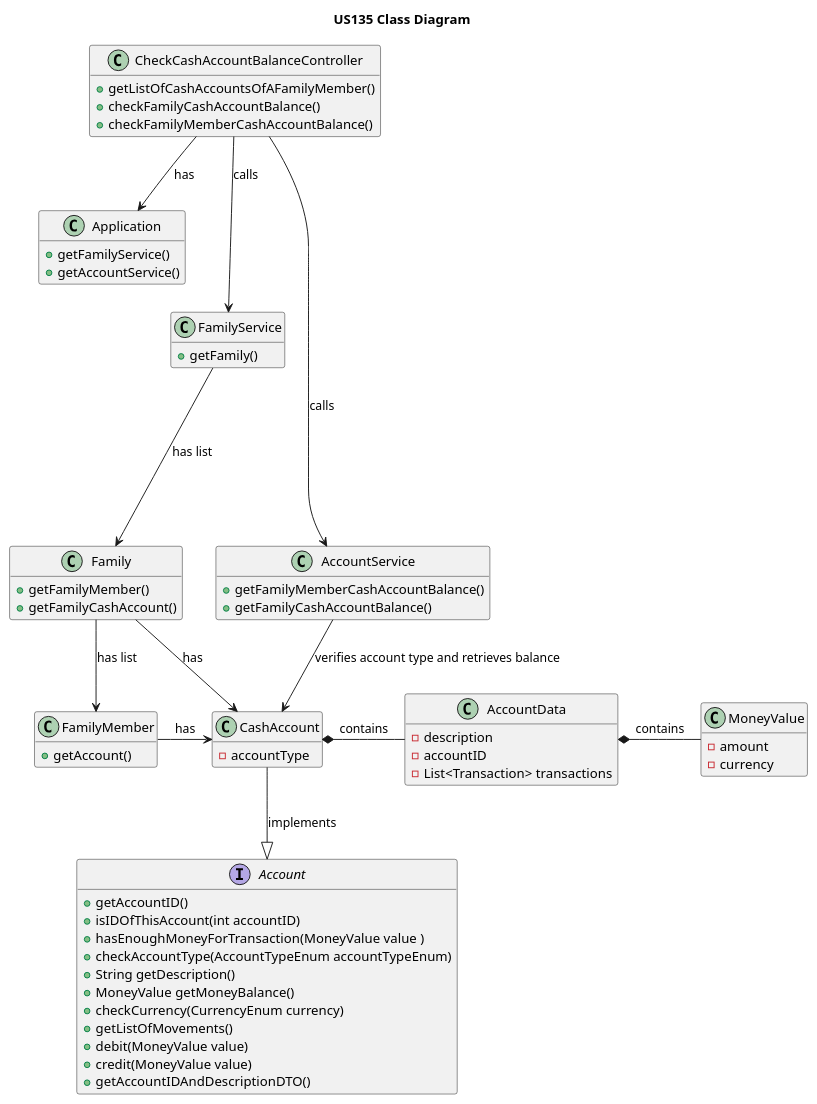
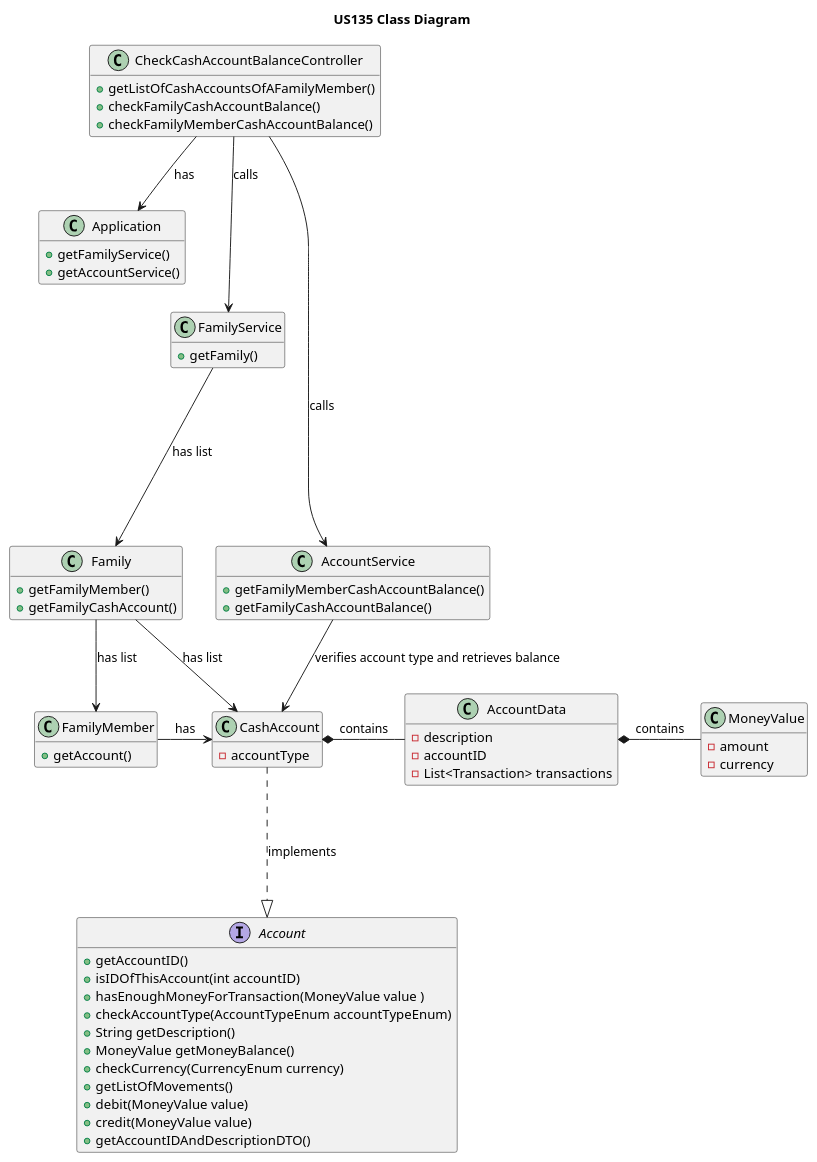
The seventh of 7 diagrams in docs/sprint2/user_stories/US135_CheckFamilyOrFamilyMemberCashAccountBalance.md (tomas-osswald/switch_2020_g3), drawn with PlantUML before and after one commit.

Commit message:
change in implements in CD of us135

````diff
--- a/docs/sprint2/user_stories/US135_CheckFamilyOrFamilyMemberCashAccountBalance.md
+++ b/docs/sprint2/user_stories/US135_CheckFamilyOrFamilyMemberCashAccountBalance.md
@@ -414,77 +414,77 @@
 ```puml
 
 title US135 Class Diagram
 hide empty members
 
 class CheckCashAccountBalanceController {
 + getListOfCashAccountsOfAFamilyMember()
 + checkFamilyCashAccountBalance()
 + checkFamilyMemberCashAccountBalance()
 }
 
 class Application {
 + getFamilyService()
 + getAccountService()
 }
 
 class CashAccount {
 - accountType
 }
 
 class AccountData {
 - description
 - accountID
 - List<Transaction> transactions
 }
 
 
 class AccountService {
 + getFamilyMemberCashAccountBalance()
 + getFamilyCashAccountBalance()
 }
 
 class FamilyService {
 + getFamily()
 }
 
 class Family {
 + getFamilyMember()
 + getFamilyCashAccount()
 }
 
 class FamilyMember {
 + getAccount()
 }
 
 interface Account {
 + getAccountID()
 + isIDOfThisAccount(int accountID)
 + hasEnoughMoneyForTransaction(MoneyValue value )
 + checkAccountType(AccountTypeEnum accountTypeEnum)
 + String getDescription()
 + MoneyValue getMoneyBalance()
 + checkCurrency(CurrencyEnum currency)
 + getListOfMovements()
 + debit(MoneyValue value)
 + credit(MoneyValue value)
 + getAccountIDAndDescriptionDTO()
 }
 
 class MoneyValue {
 - amount
 - currency
 }
 
 CheckCashAccountBalanceController --> Application : has
 
 CheckCashAccountBalanceController -----> AccountService : calls
 CheckCashAccountBalanceController --> FamilyService : calls
 FamilyService --> Family : has list
 Family --> FamilyMember : has list
-Family --> CashAccount : has
+Family --> CashAccount : has list
 FamilyMember -> CashAccount : has
-CashAccount --|> Account : implements
+CashAccount .--|> Account : implements
 CashAccount *- AccountData : contains
 AccountData *- MoneyValue : contains
 AccountService --> CashAccount : verifies account type and retrieves balance
 ```
````
